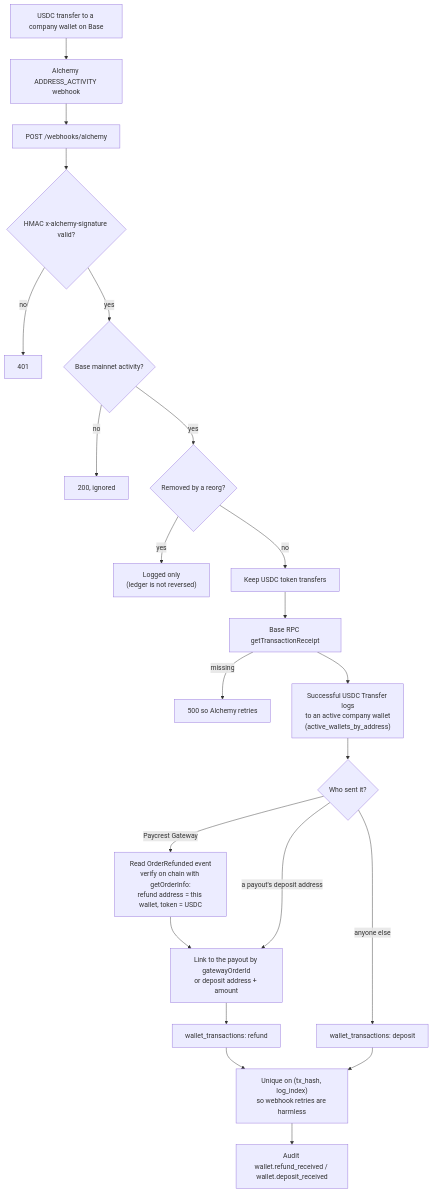
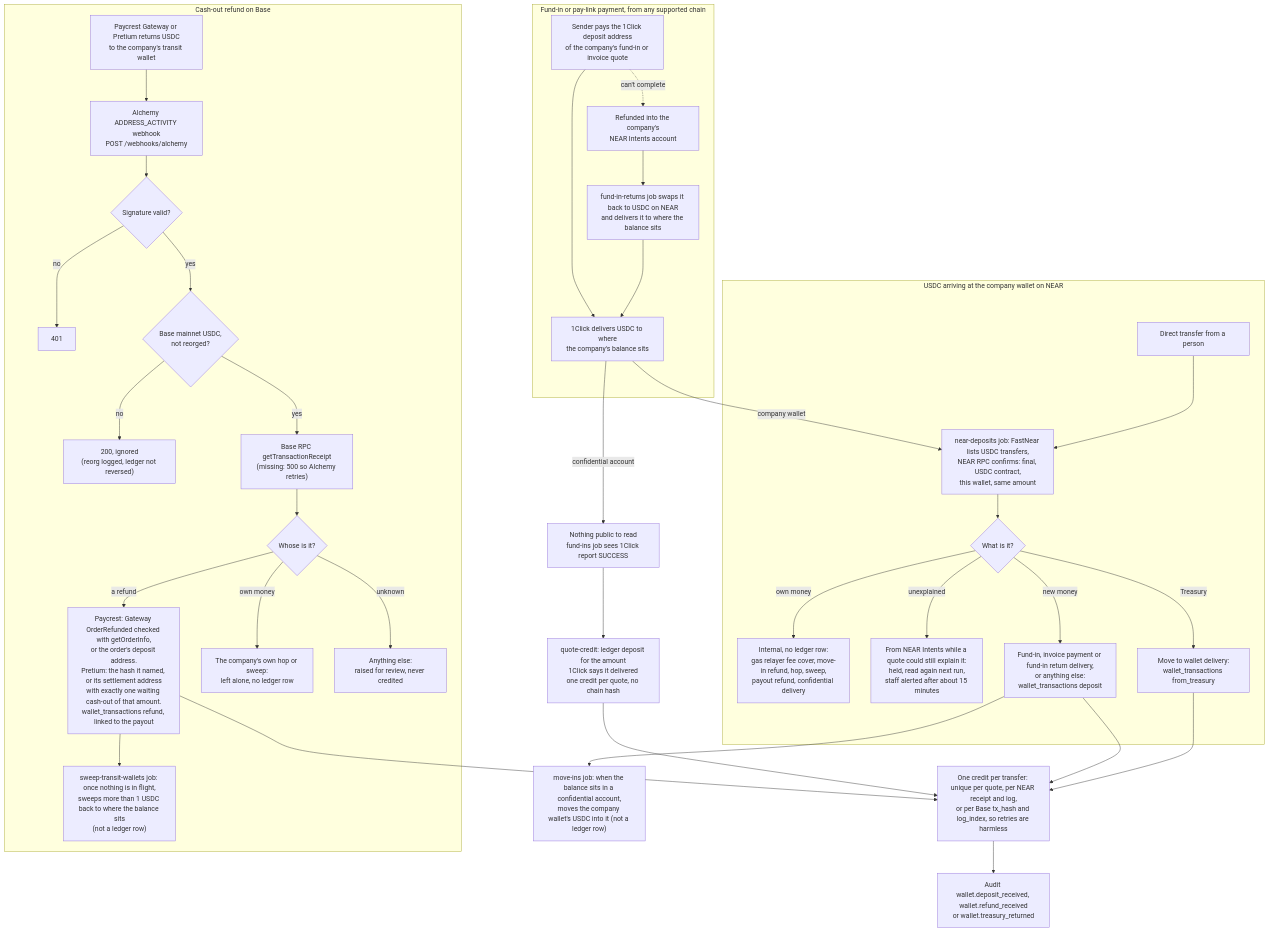
The diagram in docs/architecture/src/09-deposits-and-refunds-coming-in.mmd (Expendi/Expendi-business), drawn with Mermaid before and after one commit. The commit also changed 32 other files, not shown here.

First line of the commit message:
docs: redraw the architecture diagrams for NEAR and confidential accounts

```diff
--- a/docs/architecture/src/09-deposits-and-refunds-coming-in.mmd
+++ b/docs/architecture/src/09-deposits-and-refunds-coming-in.mmd
@@ -1,21 +1,41 @@
 flowchart TD
-  TX["USDC transfer to a company wallet on Base"] --> AL["Alchemy ADDRESS_ACTIVITY webhook"]
-  AL --> EP["POST /webhooks/alchemy"]
-  EP --> SIG{"HMAC x-alchemy-signature valid?"}
-  SIG -- no --> R401["401"]
-  SIG -- yes --> NET{"Base mainnet activity?"}
-  NET -- no --> IGN["200, ignored"]
-  NET -- yes --> REORG{"Removed by a reorg?"}
-  REORG -- yes --> LOG["Logged only<br/>(ledger is not reversed)"]
-  REORG -- no --> USDC["Keep USDC token transfers"]
-  USDC --> RCPT["Base RPC getTransactionReceipt"]
-  RCPT -- "missing" --> R500["500 so Alchemy retries"]
-  RCPT --> MATCH["Successful USDC Transfer logs<br/>to an active company wallet<br/>(active_wallets_by_address)"]
-  MATCH --> KIND{"Who sent it?"}
-  KIND -- "Paycrest Gateway" --> GW["Read OrderRefunded event<br/>verify on chain with getOrderInfo:<br/>refund address = this wallet, token = USDC"]
-  GW --> LINK["Link to the payout by gatewayOrderId<br/>or deposit address + amount"]
-  KIND -- "a payout's deposit address" --> LINK
-  LINK --> REF["wallet_transactions: refund"]
-  KIND -- "anyone else" --> DEP["wallet_transactions: deposit"]
-  REF & DEP --> UNIQ["Unique on (tx_hash, log_index)<br/>so webhook retries are harmless"]
-  UNIQ --> AUD["Audit wallet.refund_received / wallet.deposit_received"]
+  subgraph FUNDIN["Fund-in or pay-link payment, from any supported chain"]
+    F1["Sender pays the 1Click deposit address<br/>of the company's fund-in or invoice quote"] --> F2["1Click delivers USDC to where<br/>the company's balance sits"]
+    F1 -. "can't complete" .-> RF["Refunded into the company's<br/>NEAR Intents account"]
+    RF --> RT["fund-in-returns job swaps it back to USDC on NEAR<br/>and delivers it to where the balance sits"]
+    RT --> F2
+  end
+
+  F2 -- "confidential account" --> C1["Nothing public to read<br/>fund-ins job sees 1Click report SUCCESS"]
+  C1 --> C2["quote-credit: ledger deposit for the amount<br/>1Click says it delivered<br/>one credit per quote, no chain hash"]
+  F2 -- "company wallet" --> W1
+
+  subgraph NEAR["USDC arriving at the company wallet on NEAR"]
+    X["Direct transfer from a person"] --> W1["near-deposits job: FastNear lists USDC transfers,<br/>NEAR RPC confirms: final, USDC contract,<br/>this wallet, same amount"]
+    W1 --> V{"What is it?"}
+    V -- "own money" --> INT["Internal, no ledger row:<br/>gas relayer fee cover, move-in refund, hop, sweep,<br/>payout refund, confidential delivery"]
+    V -- "unexplained" --> HOLD["From NEAR Intents while a quote could still explain it:<br/>held, read again next run,<br/>staff alerted after about 15 minutes"]
+    V -- "Treasury" --> FT["Move to wallet delivery:<br/>wallet_transactions from_treasury"]
+    V -- "new money" --> DEP["Fund-in, invoice payment or fund-in return delivery,<br/>or anything else:<br/>wallet_transactions deposit"]
+  end
+  DEP --> MI["move-ins job: when the balance sits in a confidential account,<br/>moves the company wallet's USDC into it (not a ledger row)"]
+
+  subgraph BASE["Cash-out refund on Base"]
+    R0["Paycrest Gateway or Pretium returns USDC<br/>to the company's transit wallet"] --> AL["Alchemy ADDRESS_ACTIVITY webhook<br/>POST /webhooks/alchemy"]
+    AL --> SIG{"Signature valid?"}
+    SIG -- no --> R401["401"]
+    SIG -- yes --> NET{"Base mainnet USDC,<br/>not reorged?"}
+    NET -- no --> IGN["200, ignored<br/>(reorg logged, ledger not reversed)"]
+    NET -- yes --> RCPT["Base RPC getTransactionReceipt<br/>(missing: 500 so Alchemy retries)"]
+    RCPT --> KIND{"Whose is it?"}
+    KIND -- "a refund" --> RFD["Paycrest: Gateway OrderRefunded checked with getOrderInfo,<br/>or the order's deposit address.<br/>Pretium: the hash it named, or its settlement address<br/>with exactly one waiting cash-out of that amount.<br/>wallet_transactions refund, linked to the payout"]
+    KIND -- "own money" --> OWN["The company's own hop or sweep:<br/>left alone, no ledger row"]
+    KIND -- "unknown" --> REV["Anything else:<br/>raised for review, never credited"]
+    RFD --> SW["sweep-transit-wallets job: once nothing is in flight,<br/>sweeps more than 1 USDC back to where the balance sits<br/>(not a ledger row)"]
+  end
+
+  C2 --> UNIQ
+  DEP --> UNIQ
+  FT --> UNIQ
+  RFD --> UNIQ["One credit per transfer: unique per quote, per NEAR receipt and log,<br/>or per Base tx_hash and log_index, so retries are harmless"]
+  UNIQ --> AUD["Audit wallet.deposit_received, wallet.refund_received<br/>or wallet.treasury_returned"]
```
